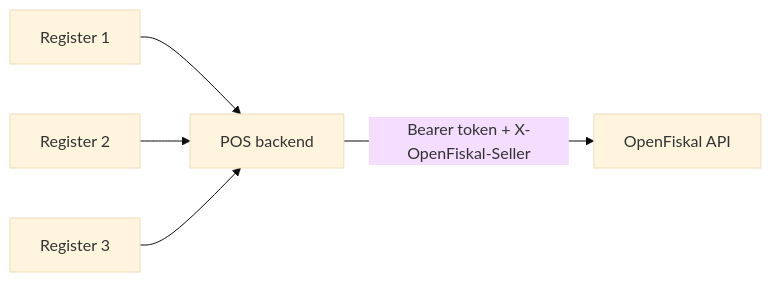
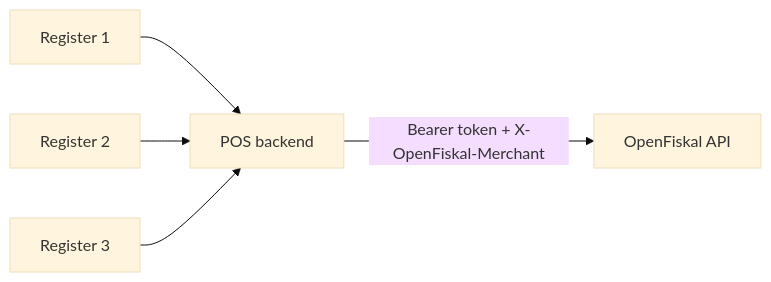
The diagram in integration-topologies.mdx (F-C-Corp/docs), drawn with Mermaid (base theme) before and after one commit. The commit also changed other lines of this file and 12 other files, not shown here.

First line of the commit message:
refactor: rename Seller to Merchant (#9)

````diff
--- a/integration-topologies.mdx
+++ b/integration-topologies.mdx
@@ -12,7 +12,7 @@
 ```mermaid
 flowchart LR
     R1["Register 1"] --> B["POS backend"]
     R2["Register 2"] --> B
     R3["Register 3"] --> B
-    B -- "Bearer token + X-OpenFiskal-Seller" --> O["OpenFiskal API"]
+    B -- "Bearer token + X-OpenFiskal-Merchant" --> O["OpenFiskal API"]
 ```
````
